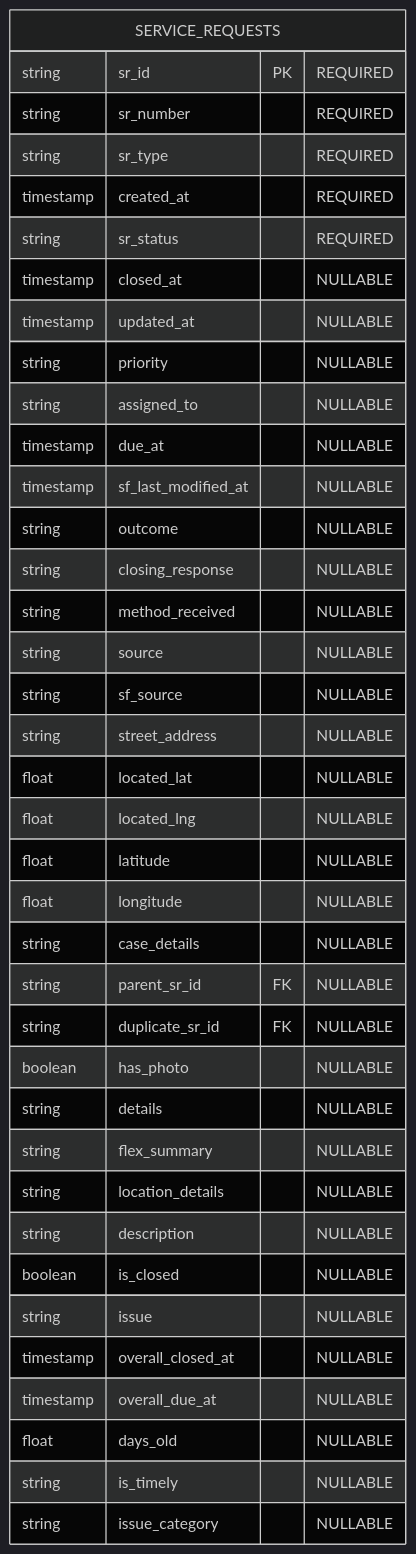
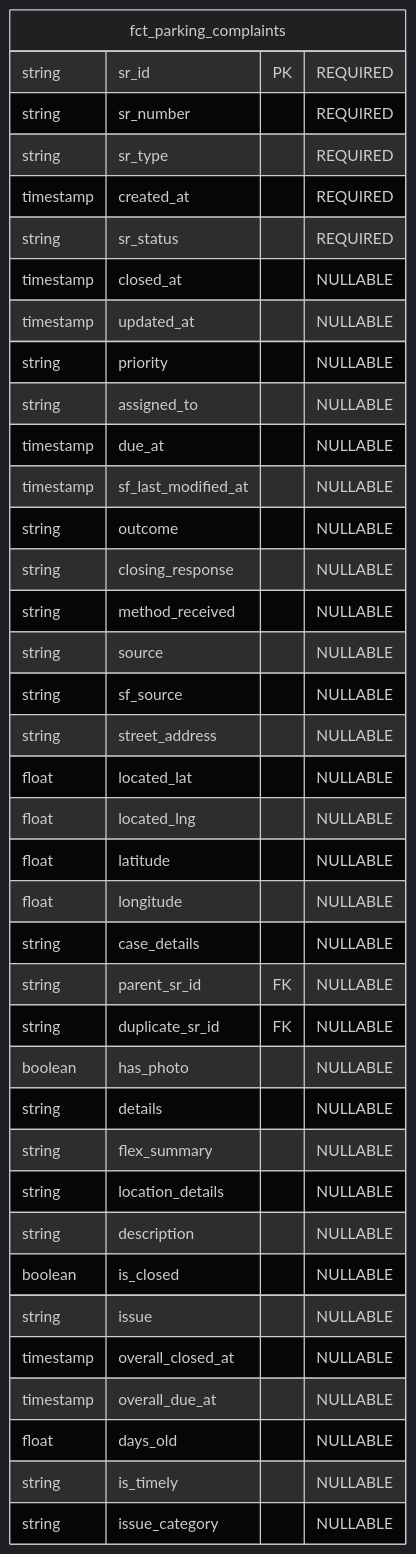
The first of 2 diagrams in 001-teo-app-backend/proposal.md (balt-opi/rfcs), drawn with Mermaid (dark theme) before and after one commit. The commit also changed other lines of this file, not shown here.

Commit message:
add new diagram flow

````diff
--- a/001-teo-app-backend/proposal.md
+++ b/001-teo-app-backend/proposal.md
@@ -32,41 +28,41 @@
 ```mermaid
 erDiagram
-  SERVICE_REQUESTS {
+  fct_parking_complaints {
     string sr_id PK "REQUIRED"
     string sr_number "REQUIRED"
     string sr_type "REQUIRED"
     timestamp created_at "REQUIRED"
     string sr_status "REQUIRED"
     timestamp closed_at "NULLABLE"
     timestamp updated_at "NULLABLE"
     string priority "NULLABLE"
     string assigned_to "NULLABLE"
     timestamp due_at "NULLABLE"
     timestamp sf_last_modified_at "NULLABLE"
     string outcome "NULLABLE"
     string closing_response "NULLABLE"
     string method_received "NULLABLE"
     string source "NULLABLE"
     string sf_source "NULLABLE"
     string street_address "NULLABLE"
     float located_lat "NULLABLE"
     float located_lng "NULLABLE"
     float latitude "NULLABLE"
     float longitude "NULLABLE"
     string case_details "NULLABLE"
     string parent_sr_id FK "NULLABLE"
     string duplicate_sr_id FK "NULLABLE"
     boolean has_photo "NULLABLE"
     string details "NULLABLE"
     string flex_summary "NULLABLE"
     string location_details "NULLABLE"
     string description "NULLABLE"
     boolean is_closed "NULLABLE"
     string issue "NULLABLE"
     timestamp overall_closed_at "NULLABLE"
     timestamp overall_due_at "NULLABLE"
     float days_old "NULLABLE"
     string is_timely "NULLABLE"
     string issue_category "NULLABLE"
   }
 ```
````
